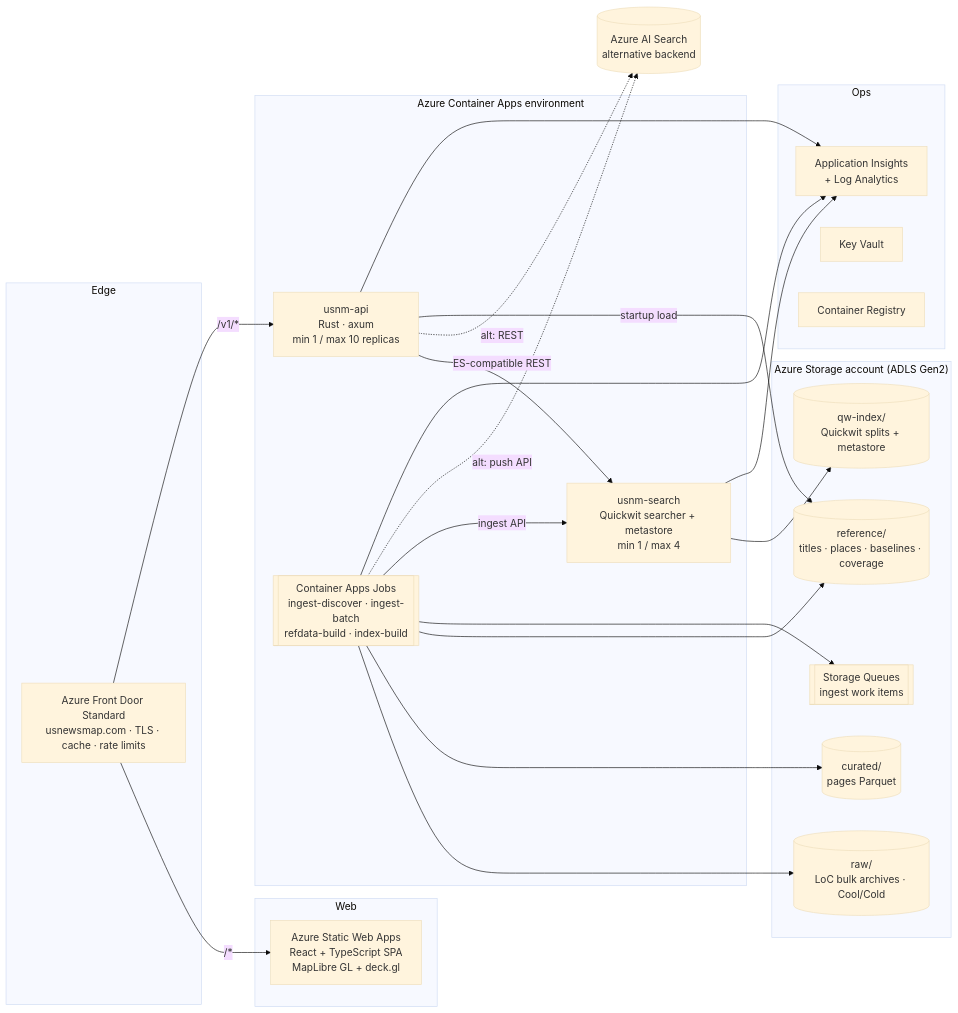
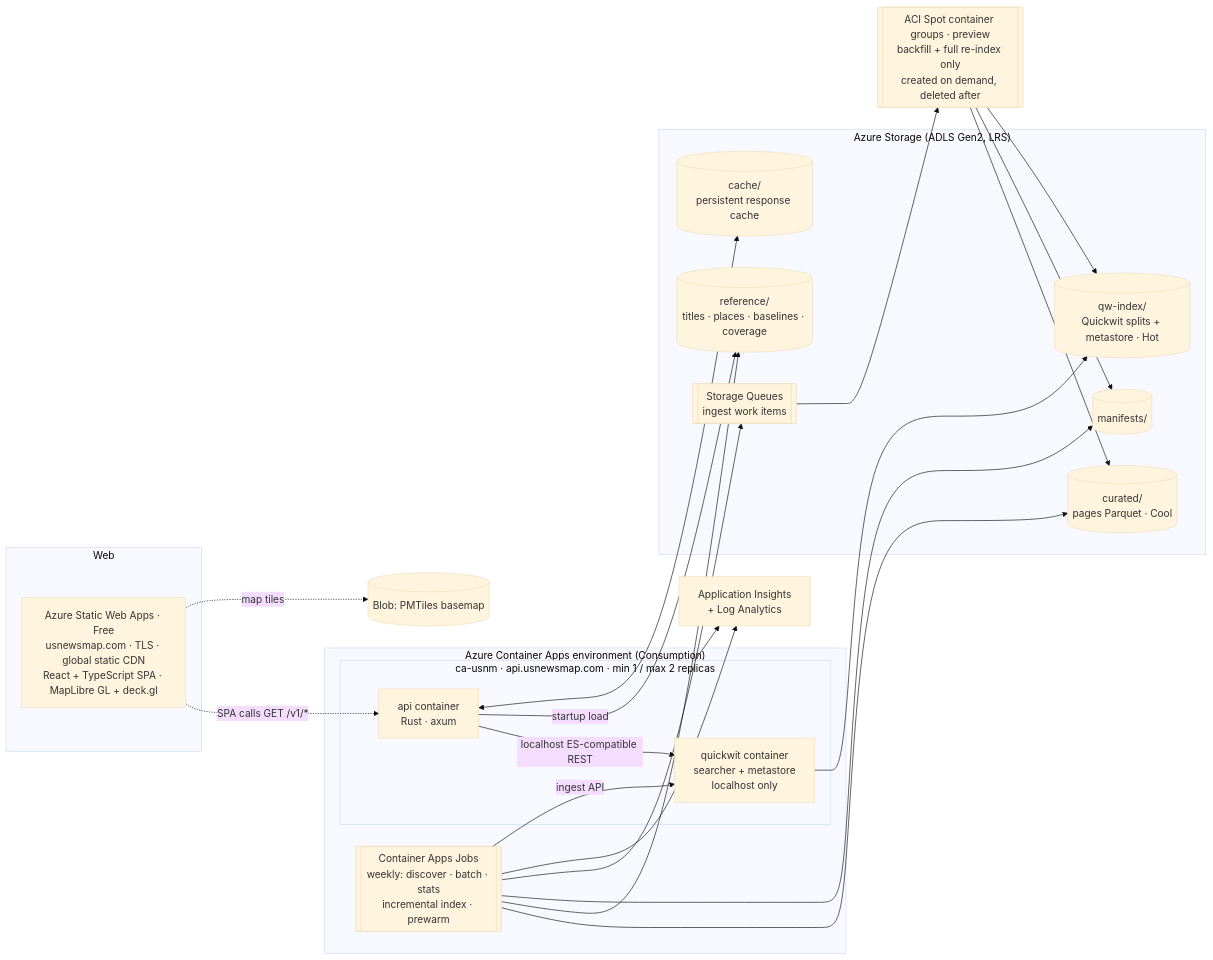
The second of 4 diagrams in docs/design/03-architecture-overview.md (tgoodyear/usnewsmap.com), drawn with Mermaid (base theme) before and after one commit. The commit also changed other lines of this file and 16 other files, not shown here.

````diff
--- a/docs/design/03-architecture-overview.md
+++ b/docs/design/03-architecture-overview.md
@@ -37,38 +37,36 @@
 ```mermaid
 flowchart LR
-  subgraph Edge
-    FD[Azure Front Door Standard<br/>usnewsmap.com · TLS · cache · rate limits]
+  subgraph Web
+    SWA[Azure Static Web Apps · Free<br/>usnewsmap.com · TLS · global static CDN<br/>React + TypeScript SPA · MapLibre GL + deck.gl]
   end
-  subgraph Web
-    SWA[Azure Static Web Apps<br/>React + TypeScript SPA<br/>MapLibre GL + deck.gl]
+  subgraph "Azure Container Apps environment (Consumption)"
+    subgraph APP["ca-usnm · api.usnewsmap.com · min 1 / max 2 replicas"]
+      API[api container<br/>Rust · axum]
+      QW[quickwit container<br/>searcher + metastore<br/>localhost only]
+    end
+    JOBS[[Container Apps Jobs<br/>weekly: discover · batch · stats<br/>incremental index · prewarm]]
   end
-  subgraph "Azure Container Apps environment"
-    API[usnm-api<br/>Rust · axum<br/>min 1 / max 10 replicas]
-    QW[usnm-search<br/>Quickwit searcher + metastore<br/>min 1 / max 4]
-    JOBS[[Container Apps Jobs<br/>ingest-discover · ingest-batch<br/>refdata-build · index-build]]
-  end
-  subgraph Storage["Azure Storage account (ADLS Gen2)"]
-    RAW[(raw/<br/>LoC bulk archives · Cool/Cold)]
-    CUR[(curated/<br/>pages Parquet)]
+  SPOT[[ACI Spot container groups · preview<br/>backfill + full re-index only<br/>created on demand, deleted after]]
+  subgraph Storage["Azure Storage (ADLS Gen2, LRS)"]
+    CUR[(curated/<br/>pages Parquet · Cool)]
     REF[(reference/<br/>titles · places · baselines · coverage)]
-    IDX[(qw-index/<br/>Quickwit splits + metastore)]
+    IDX[(qw-index/<br/>Quickwit splits + metastore · Hot)]
+    CACHE[(cache/<br/>persistent response cache)]
+    MAN[(manifests/)]
     Q[[Storage Queues<br/>ingest work items]]
   end
-  subgraph Ops
-    AI[Application Insights<br/>+ Log Analytics]
-    KV[Key Vault]
-    ACR[Container Registry]
-  end
-  AIS[(Azure AI Search<br/>alternative backend)]
+  TILES[(Blob: PMTiles basemap)]
+  AI[Application Insights<br/>+ Log Analytics]
 
-  FD -->|/*| SWA
-  FD -->|/v1/*| API
-  API -->|ES-compatible REST| QW
-  API -. alt: REST .-> AIS
+  SWA -. SPA calls GET /v1/* .-> API
+  SWA -. map tiles .-> TILES
+  API -->|localhost ES-compatible REST| QW
   API -->|startup load| REF
+  API <--> CACHE
   QW --> IDX
-  JOBS --> RAW & CUR & REF & Q
+  JOBS --> CUR & REF & MAN & Q
+  SPOT --> CUR & MAN & IDX
+  Q --> SPOT
   JOBS -->|ingest API| QW
-  JOBS -. alt: push API .-> AIS
-  API & QW & JOBS --> AI
+  APP & JOBS --> AI
 ```
````
